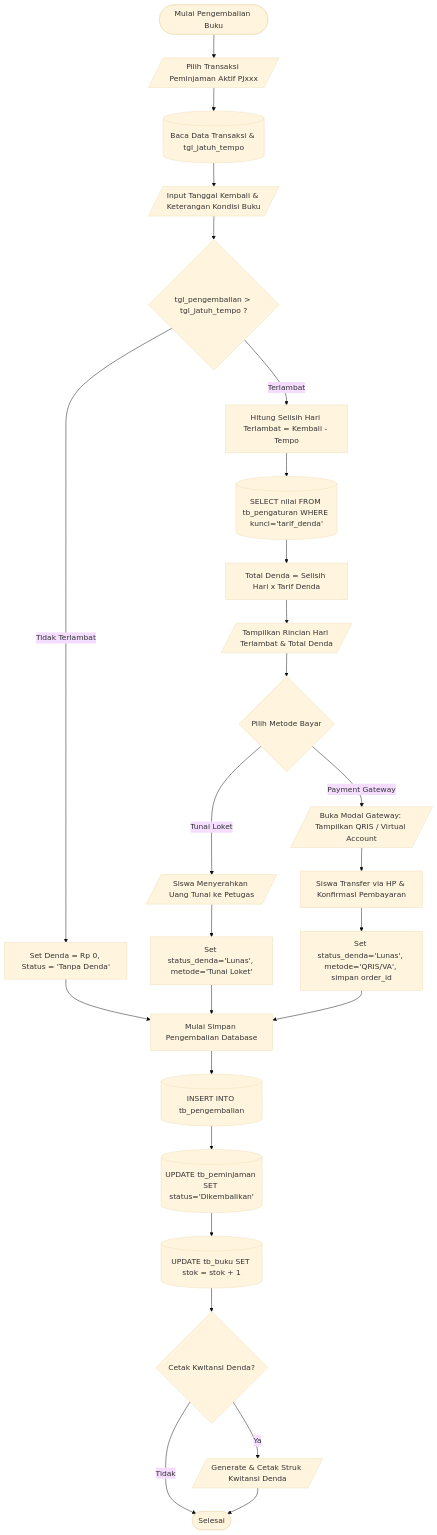
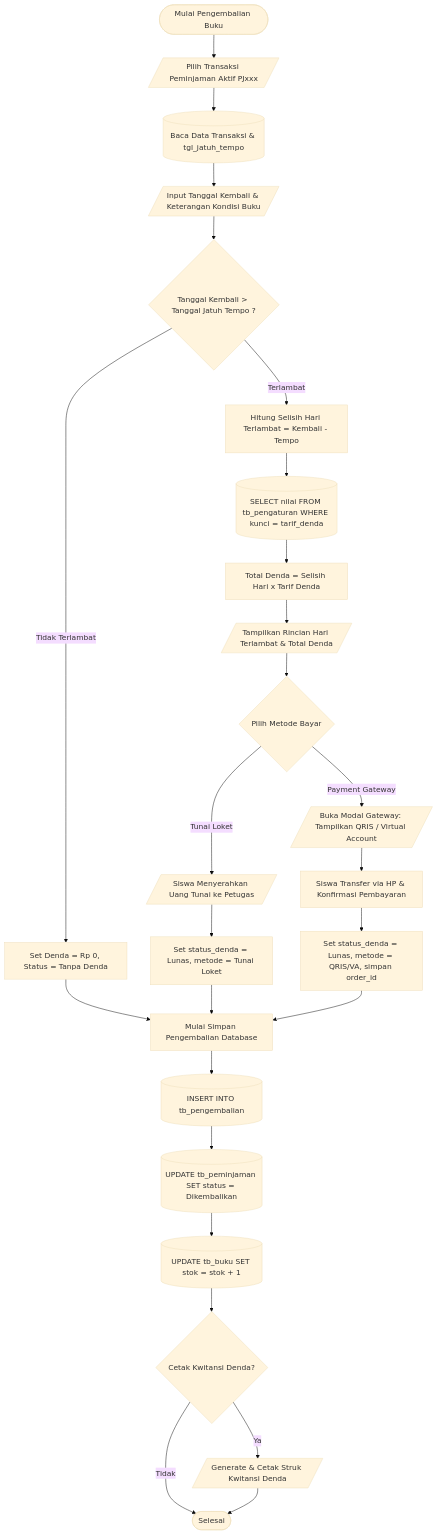
Before and after one commit to fanydarat757-hash/antigrafitytest: diagram 14 of 17 in PANDUAN_TEKNIS_DAN_ARSITEKTUR_SKRIPSI.md, drawn with Mermaid (base theme). The commit also changed other lines of this file, not shown here.

Commit message:
Fix syntax errors in all 17 Mermaid diagrams for GitHub rendering

````diff
--- a/PANDUAN_TEKNIS_DAN_ARSITEKTUR_SKRIPSI.md
+++ b/PANDUAN_TEKNIS_DAN_ARSITEKTUR_SKRIPSI.md
@@ -631,34 +628,34 @@
 ```mermaid
 flowchart TD
-    StartKembali([Mulai Pengembalian Buku]) --> PilihTransaksi[/Pilih Transaksi Peminjaman Aktif PJxxx/]
-    PilihTransaksi --> BacaData[(Baca Data Transaksi & tgl_jatuh_tempo)]
-    BacaData --> InputKondisi[/Input Tanggal Kembali & Keterangan Kondisi Buku/]
-    InputKondisi --> BandingkanTanggal{tgl_pengembalian > tgl_jatuh_tempo ?}
+    StartKembali(["Mulai Pengembalian Buku"]) --> PilihTransaksi[/"Pilih Transaksi Peminjaman Aktif PJxxx"/]
+    PilihTransaksi --> BacaData[("Baca Data Transaksi & tgl_jatuh_tempo")]
+    BacaData --> InputKondisi[/"Input Tanggal Kembali & Keterangan Kondisi Buku"/]
+    InputKondisi --> BandingkanTanggal{"Tanggal Kembali > Tanggal Jatuh Tempo ?"}
     
-    BandingkanTanggal -- Tidak Terlambat --> NolDenda[Set Denda = Rp 0, Status = 'Tanpa Denda']
-    NolDenda --> SimpanPengembalian
+    BandingkanTanggal -- "Tidak Terlambat" --> NolDenda["Set Denda = Rp 0, Status = Tanpa Denda"]
+    NolDenda --> SimpanPengembalian["Mulai Simpan Pengembalian Database"]
     
-    BandingkanTanggal -- Terlambat --> HitungSelisih[Hitung Selisih Hari Terlambat = Kembali - Tempo]
-    HitungSelisih --> BacaTarif[(SELECT nilai FROM tb_pengaturan WHERE kunci='tarif_denda')]
-    BacaTarif --> HitungTotalDenda[Total Denda = Selisih Hari x Tarif Denda]
-    HitungTotalDenda --> TampilNominalDenda[/Tampilkan Rincian Hari Terlambat & Total Denda/]
-    TampilNominalDenda --> MetodeBayar{Pilih Metode Bayar}
+    BandingkanTanggal -- "Terlambat" --> HitungSelisih["Hitung Selisih Hari Terlambat = Kembali - Tempo"]
+    HitungSelisih --> BacaTarif[("SELECT nilai FROM tb_pengaturan WHERE kunci = tarif_denda")]
+    BacaTarif --> HitungTotalDenda["Total Denda = Selisih Hari x Tarif Denda"]
+    HitungTotalDenda --> TampilNominalDenda[/"Tampilkan Rincian Hari Terlambat & Total Denda"/]
+    TampilNominalDenda --> MetodeBayar{"Pilih Metode Bayar"}
     
-    MetodeBayar -- "Tunai Loket" --> BayarTunai[/Siswa Menyerahkan Uang Tunai ke Petugas/]
-    BayarTunai --> SetLunasTunai[Set status_denda='Lunas', metode='Tunai Loket']
+    MetodeBayar -- "Tunai Loket" --> BayarTunai[/"Siswa Menyerahkan Uang Tunai ke Petugas"/]
+    BayarTunai --> SetLunasTunai["Set status_denda = Lunas, metode = Tunai Loket"]
     SetLunasTunai --> SimpanPengembalian
     
-    MetodeBayar -- "Payment Gateway" --> BukaModalGateway[/Buka Modal Gateway: Tampilkan QRIS / Virtual Account/]
-    BukaModalGateway --> ProsesGateway[Siswa Transfer via HP & Konfirmasi Pembayaran]
-    ProsesGateway --> SetLunasGateway[Set status_denda='Lunas', metode='QRIS/VA', simpan order_id]
+    MetodeBayar -- "Payment Gateway" --> BukaModalGateway[/"Buka Modal Gateway: Tampilkan QRIS / Virtual Account"/]
+    BukaModalGateway --> ProsesGateway["Siswa Transfer via HP & Konfirmasi Pembayaran"]
+    ProsesGateway --> SetLunasGateway["Set status_denda = Lunas, metode = QRIS/VA, simpan order_id"]
     SetLunasGateway --> SimpanPengembalian
 
-    SimpanPengembalian[Mulai Simpan Pengembalian Database] --> InsertKembali[(INSERT INTO tb_pengembalian)]
-    InsertKembali --> UpdatePinjam[(UPDATE tb_peminjaman SET status='Dikembalikan')]
-    UpdatePinjam --> TambahStok[(UPDATE tb_buku SET stok = stok + 1)]
-    TambahStok --> CetakKwitansiOpsi{Cetak Kwitansi Denda?}
+    SimpanPengembalian --> InsertKembali[("INSERT INTO tb_pengembalian")]
+    InsertKembali --> UpdatePinjam[("UPDATE tb_peminjaman SET status = Dikembalikan")]
+    UpdatePinjam --> TambahStok[("UPDATE tb_buku SET stok = stok + 1")]
+    TambahStok --> CetakKwitansiOpsi{"Cetak Kwitansi Denda?"}
     
-    CetakKwitansiOpsi -- Ya --> PrintBon[/Generate & Cetak Struk Kwitansi Denda/]
-    CetakKwitansiOpsi -- Tidak --> SelesaiKembali([Selesai])
+    CetakKwitansiOpsi -- "Ya" --> PrintBon[/"Generate & Cetak Struk Kwitansi Denda"/]
+    CetakKwitansiOpsi -- "Tidak" --> SelesaiKembali(["Selesai"])
     PrintBon --> SelesaiKembali
 ```
````
